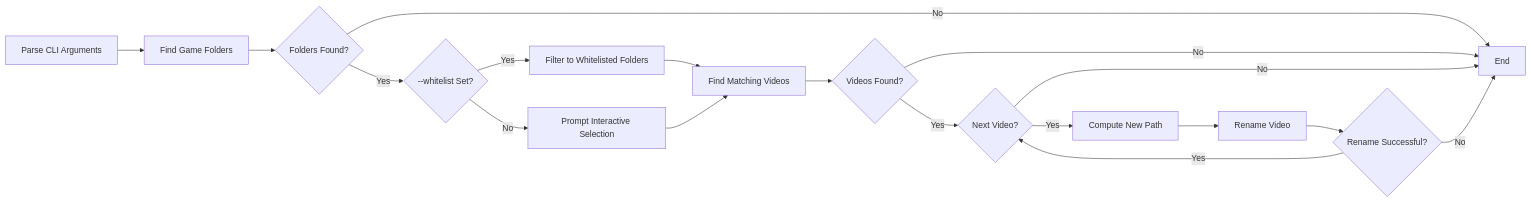
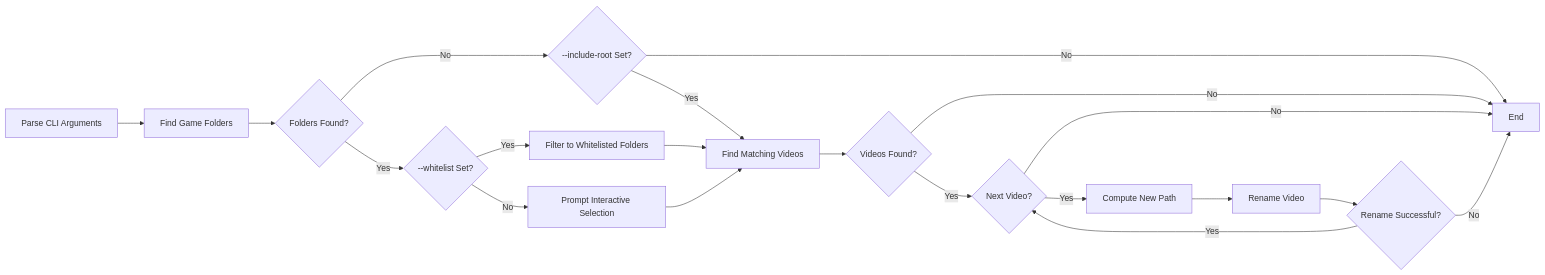
Before and after one commit to AB-102/scripts: the first of 3 diagrams in video/diagrams.md, drawn with Mermaid. The commit also changed other lines of this file and 1 other file, not shown here.

Commit message:
trimmer progress output; resume, folder, diagram fixes

````diff
--- a/video/diagrams.md
+++ b/video/diagrams.md
@@ -5,21 +5,23 @@
 ```mermaid
 flowchart LR
     A[Parse CLI Arguments]
     A --> B[Find Game Folders]
     B --> C{Folders Found?}
-    C -->|No| Z[End]
+    C -->|No| R{--include-root Set?}
     C -->|Yes| D{--whitelist Set?}
     D -->|Yes| E[Filter to Whitelisted Folders]
     D -->|No| F[Prompt Interactive Selection]
     E --> G[Find Matching Videos]
     F --> G
+    R -->|No| Z[End]
+    R -->|Yes| G
     G --> H{Videos Found?}
     H -->|No| Z
     H -->|Yes| I{Next Video?}
     I -->|No| Z
     I -->|Yes| J[Compute New Path]
     J --> K[Rename Video]
     K --> L{Rename Successful?}
     L -->|No| Z
     L -->|Yes| I
 ```
````
